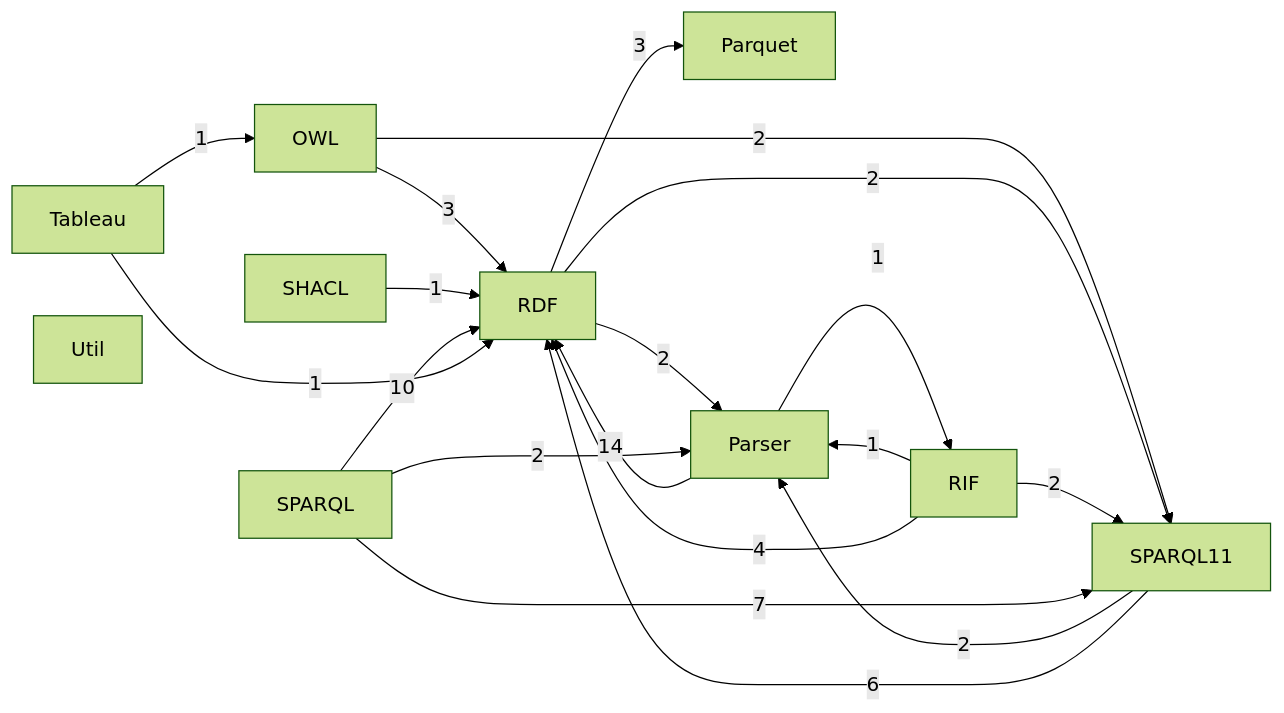
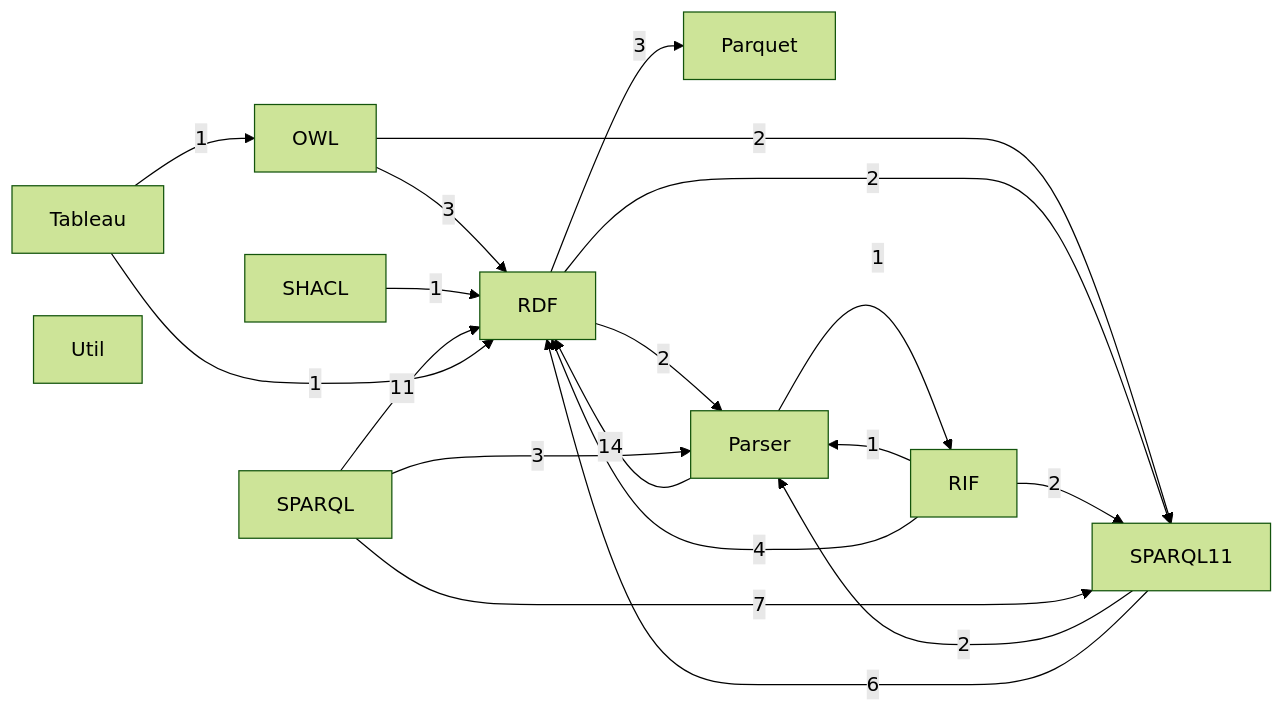
The diagram in formal/fstar/dep-graph/namespaces.mmd (danbri/factoidal), drawn with Mermaid (forest theme) before and after one commit. The commit also changed 12 other files, not shown here.

First line of the commit message:
fstar: regenerate dep graph from authoritative fstar.exe --dep

```diff
--- a/formal/fstar/dep-graph/namespaces.mmd
+++ b/formal/fstar/dep-graph/namespaces.mmd
@@ -1,30 +1,30 @@
-%% F* namespace dependency graph
+%% F* namespace dependency graph (from fstar.exe --dep graph)
 graph LR
   OWL["OWL"]
   Parquet["Parquet"]
   Parser["Parser"]
   RDF["RDF"]
   RIF["RIF"]
   SHACL["SHACL"]
   SPARQL["SPARQL"]
   SPARQL11["SPARQL11"]
   Tableau["Tableau"]
   Util["Util"]
   OWL -->|3| RDF
   OWL -->|2| SPARQL11
   Parser -->|14| RDF
   Parser -->|1| RIF
   RDF -->|3| Parquet
   RDF -->|2| Parser
   RDF -->|2| SPARQL11
   RIF -->|1| Parser
   RIF -->|4| RDF
   RIF -->|2| SPARQL11
   SHACL -->|1| RDF
-  SPARQL -->|2| Parser
-  SPARQL -->|10| RDF
+  SPARQL -->|3| Parser
+  SPARQL -->|11| RDF
   SPARQL -->|7| SPARQL11
   SPARQL11 -->|2| Parser
   SPARQL11 -->|6| RDF
   Tableau -->|1| OWL
   Tableau -->|1| RDF
```
